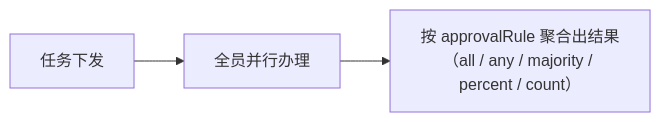
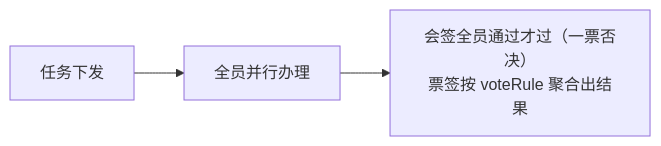
Before and after one commit to whki/gflow-doc: the second of 3 diagrams in docs/guide/features/approval-semantics.md, drawn with Mermaid. The commit also changed other lines of this file and 25 other files, not shown here.

````diff
--- a/docs/guide/features/approval-semantics.md
+++ b/docs/guide/features/approval-semantics.md
@@ -63,4 +63,4 @@
 ```mermaid
 flowchart LR
-    s[任务下发] --> m[全员并行办理] --> r["按 approvalRule 聚合出结果<br/>（all / any / majority / percent / count）"]
+    s[任务下发] --> m[全员并行办理] --> r["会签全员通过才过（一票否决）<br/>票签按 voteRule 聚合出结果"]
 ```
````
